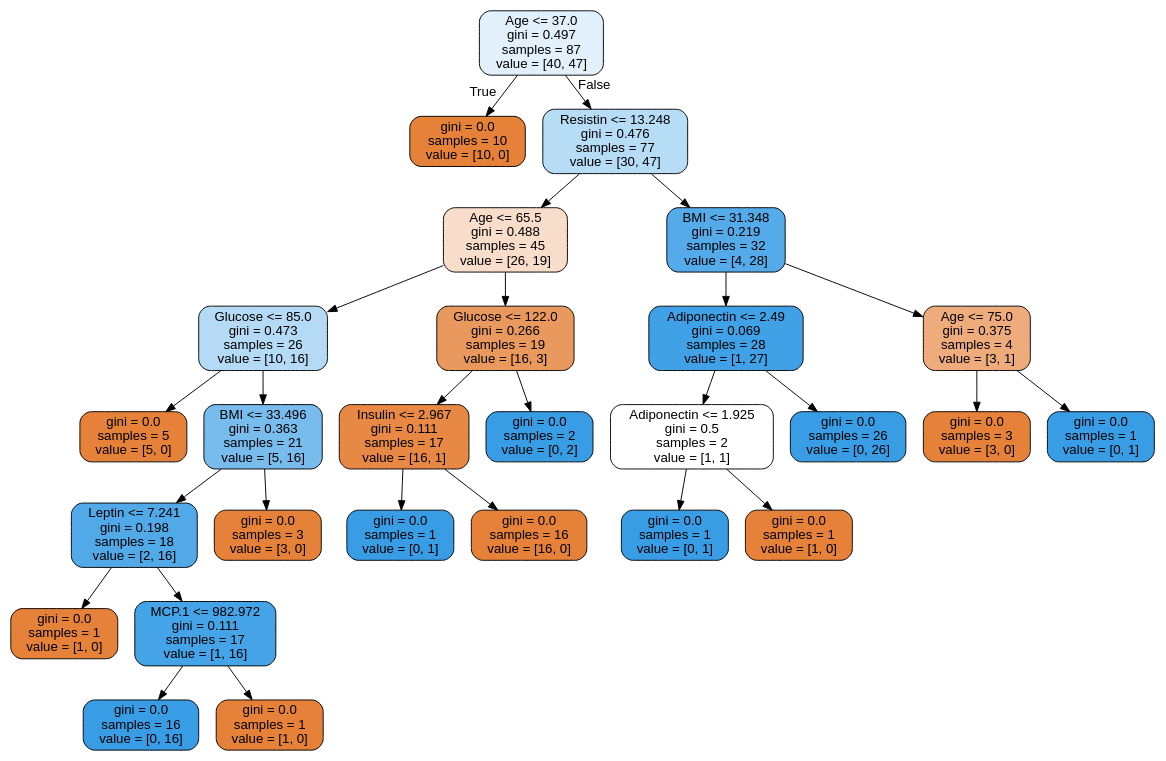
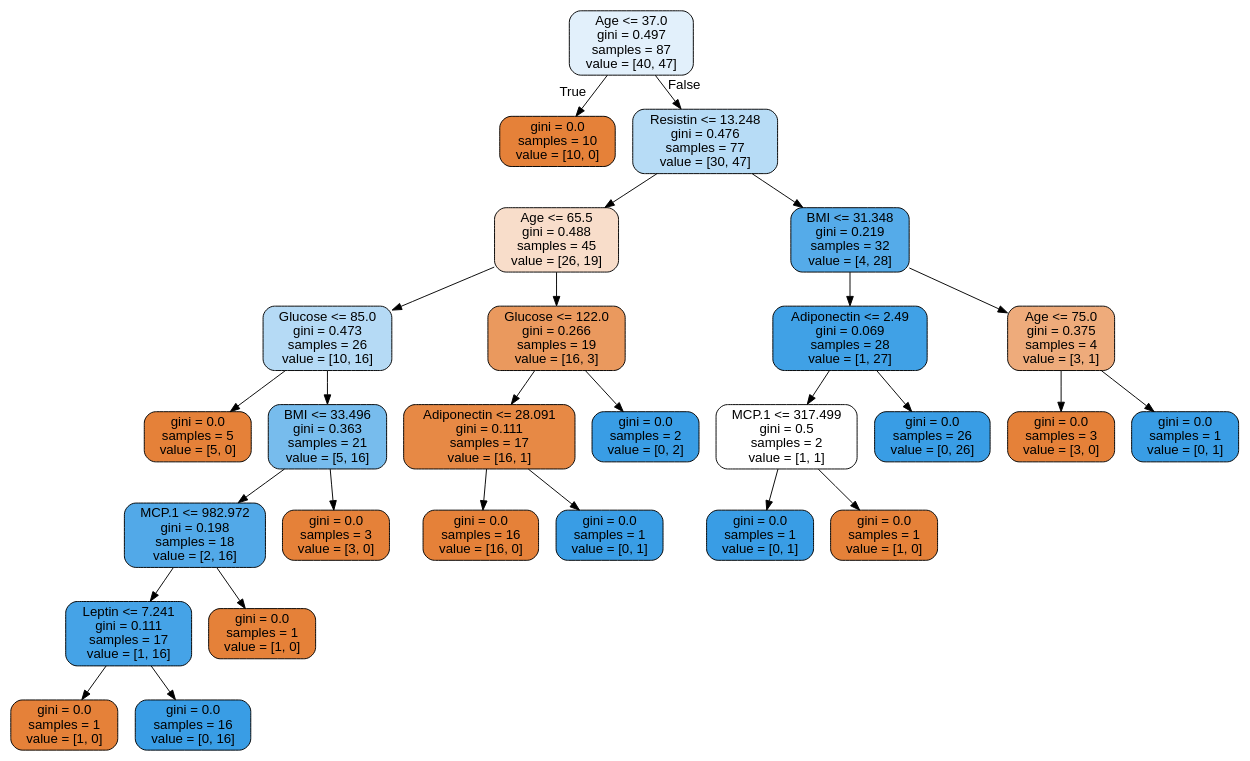
Before and after one commit to germangelv/MULCIA-IACD-practices: the diagram in practice-datos/arbol_1.dot, drawn with Graphviz. The commit also changed 2 other files, not shown here.

```diff
--- a/practice-datos/arbol_1.dot
+++ b/practice-datos/arbol_1.dot
@@ -1,57 +1,57 @@
 digraph Tree {
 node [shape=box, style="filled, rounded", color="black", fontname=helvetica] ;
 edge [fontname=helvetica] ;
 0 [label="Age <= 37.0\ngini = 0.497\nsamples = 87\nvalue = [40, 47]", fillcolor="#e2f0fb"] ;
 1 [label="gini = 0.0\nsamples = 10\nvalue = [10, 0]", fillcolor="#e58139"] ;
 0 -> 1 [labeldistance=2.5, labelangle=45, headlabel="True"] ;
 2 [label="Resistin <= 13.248\ngini = 0.476\nsamples = 77\nvalue = [30, 47]", fillcolor="#b7dcf6"] ;
 0 -> 2 [labeldistance=2.5, labelangle=-45, headlabel="False"] ;
 3 [label="Age <= 65.5\ngini = 0.488\nsamples = 45\nvalue = [26, 19]", fillcolor="#f8ddca"] ;
 2 -> 3 ;
 4 [label="Glucose <= 85.0\ngini = 0.473\nsamples = 26\nvalue = [10, 16]", fillcolor="#b5daf5"] ;
 3 -> 4 ;
 5 [label="gini = 0.0\nsamples = 5\nvalue = [5, 0]", fillcolor="#e58139"] ;
 4 -> 5 ;
 6 [label="BMI <= 33.496\ngini = 0.363\nsamples = 21\nvalue = [5, 16]", fillcolor="#77bced"] ;
 4 -> 6 ;
-7 [label="Leptin <= 7.241\ngini = 0.198\nsamples = 18\nvalue = [2, 16]", fillcolor="#52a9e8"] ;
+7 [label="MCP.1 <= 982.972\ngini = 0.198\nsamples = 18\nvalue = [2, 16]", fillcolor="#52a9e8"] ;
 6 -> 7 ;
-8 [label="gini = 0.0\nsamples = 1\nvalue = [1, 0]", fillcolor="#e58139"] ;
+8 [label="Leptin <= 7.241\ngini = 0.111\nsamples = 17\nvalue = [1, 16]", fillcolor="#45a3e7"] ;
 7 -> 8 ;
-9 [label="MCP.1 <= 982.972\ngini = 0.111\nsamples = 17\nvalue = [1, 16]", fillcolor="#45a3e7"] ;
-7 -> 9 ;
+9 [label="gini = 0.0\nsamples = 1\nvalue = [1, 0]", fillcolor="#e58139"] ;
+8 -> 9 ;
 10 [label="gini = 0.0\nsamples = 16\nvalue = [0, 16]", fillcolor="#399de5"] ;
-9 -> 10 ;
+8 -> 10 ;
 11 [label="gini = 0.0\nsamples = 1\nvalue = [1, 0]", fillcolor="#e58139"] ;
-9 -> 11 ;
+7 -> 11 ;
 12 [label="gini = 0.0\nsamples = 3\nvalue = [3, 0]", fillcolor="#e58139"] ;
 6 -> 12 ;
 13 [label="Glucose <= 122.0\ngini = 0.266\nsamples = 19\nvalue = [16, 3]", fillcolor="#ea995e"] ;
 3 -> 13 ;
-14 [label="Insulin <= 2.967\ngini = 0.111\nsamples = 17\nvalue = [16, 1]", fillcolor="#e78945"] ;
+14 [label="Adiponectin <= 28.091\ngini = 0.111\nsamples = 17\nvalue = [16, 1]", fillcolor="#e78945"] ;
 13 -> 14 ;
-15 [label="gini = 0.0\nsamples = 1\nvalue = [0, 1]", fillcolor="#399de5"] ;
+15 [label="gini = 0.0\nsamples = 16\nvalue = [16, 0]", fillcolor="#e58139"] ;
 14 -> 15 ;
-16 [label="gini = 0.0\nsamples = 16\nvalue = [16, 0]", fillcolor="#e58139"] ;
+16 [label="gini = 0.0\nsamples = 1\nvalue = [0, 1]", fillcolor="#399de5"] ;
 14 -> 16 ;
 17 [label="gini = 0.0\nsamples = 2\nvalue = [0, 2]", fillcolor="#399de5"] ;
 13 -> 17 ;
 18 [label="BMI <= 31.348\ngini = 0.219\nsamples = 32\nvalue = [4, 28]", fillcolor="#55abe9"] ;
 2 -> 18 ;
 19 [label="Adiponectin <= 2.49\ngini = 0.069\nsamples = 28\nvalue = [1, 27]", fillcolor="#40a1e6"] ;
 18 -> 19 ;
-20 [label="Adiponectin <= 1.925\ngini = 0.5\nsamples = 2\nvalue = [1, 1]", fillcolor="#ffffff"] ;
+20 [label="MCP.1 <= 317.499\ngini = 0.5\nsamples = 2\nvalue = [1, 1]", fillcolor="#ffffff"] ;
 19 -> 20 ;
 21 [label="gini = 0.0\nsamples = 1\nvalue = [0, 1]", fillcolor="#399de5"] ;
 20 -> 21 ;
 22 [label="gini = 0.0\nsamples = 1\nvalue = [1, 0]", fillcolor="#e58139"] ;
 20 -> 22 ;
 23 [label="gini = 0.0\nsamples = 26\nvalue = [0, 26]", fillcolor="#399de5"] ;
 19 -> 23 ;
 24 [label="Age <= 75.0\ngini = 0.375\nsamples = 4\nvalue = [3, 1]", fillcolor="#eeab7b"] ;
 18 -> 24 ;
 25 [label="gini = 0.0\nsamples = 3\nvalue = [3, 0]", fillcolor="#e58139"] ;
 24 -> 25 ;
 26 [label="gini = 0.0\nsamples = 1\nvalue = [0, 1]", fillcolor="#399de5"] ;
 24 -> 26 ;
 }
```
